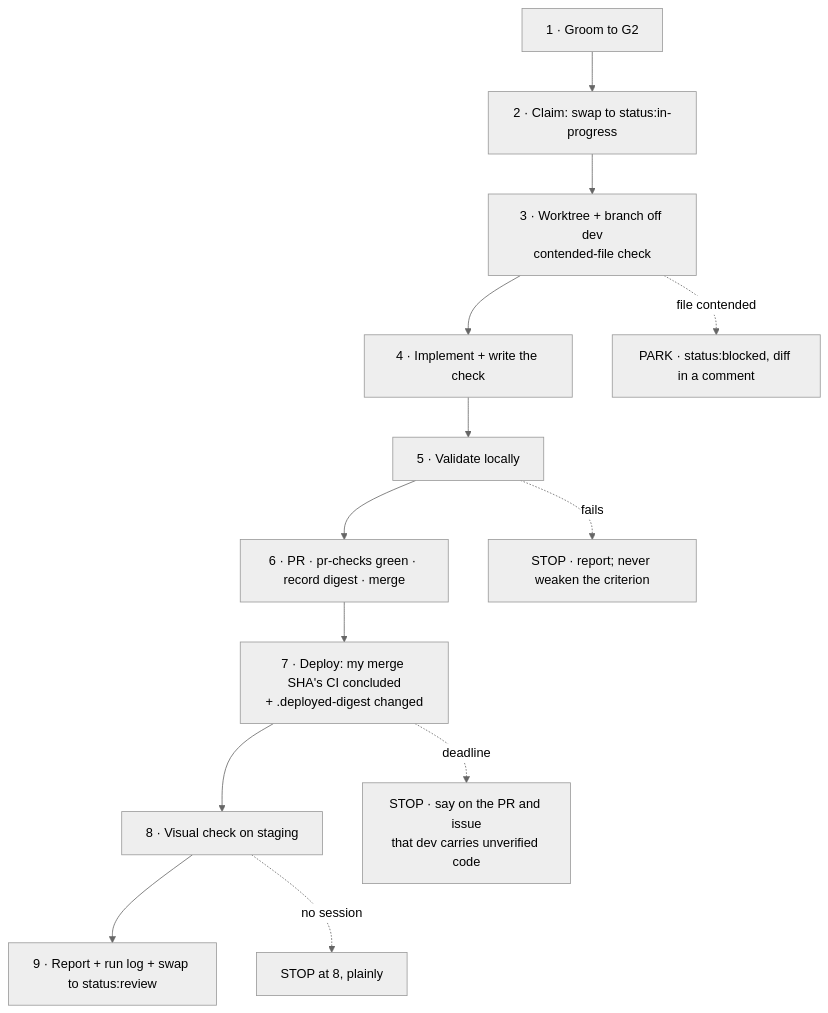
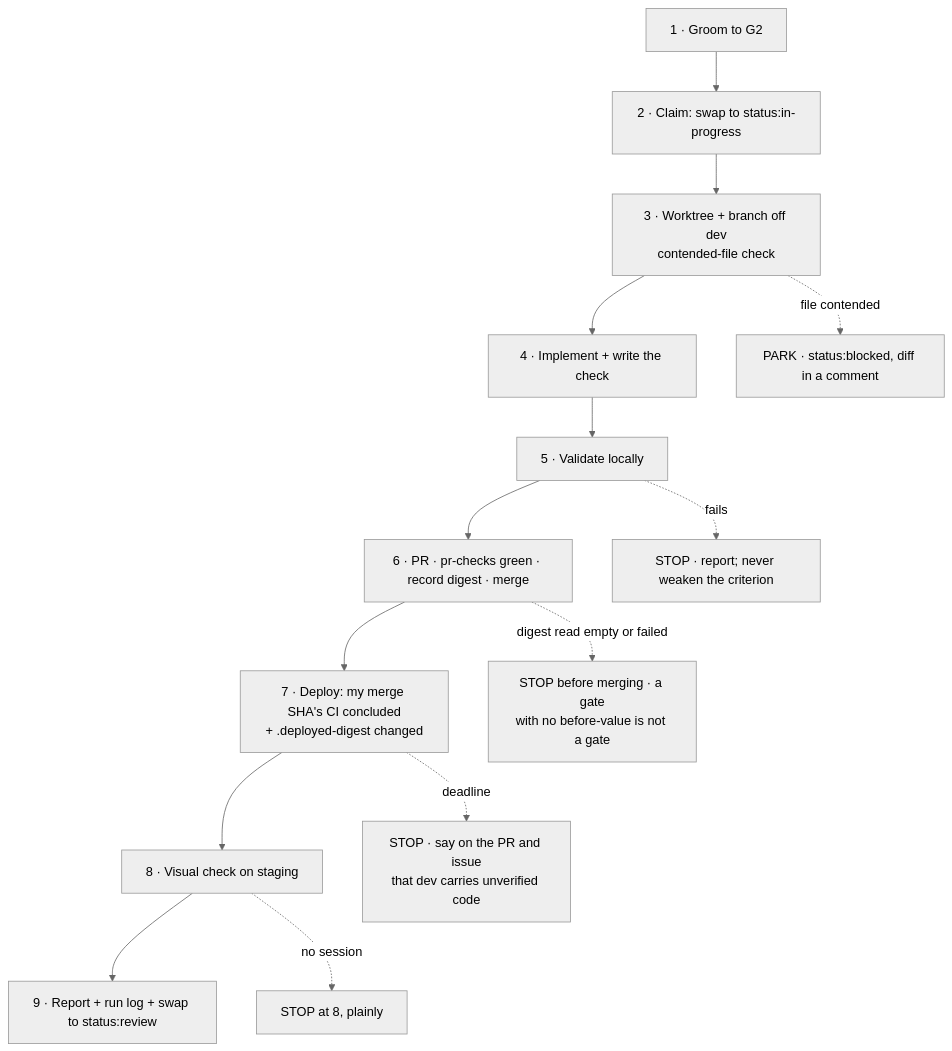
One commit to waqaskhan137/mdreview-service changed the diagram in docs/process/autonomous-run.md. Above: the diagram before and after it, drawn with Mermaid (neutral theme). The commit also changed other lines of this file and 2 other files, not shown here.

````diff
--- a/docs/process/autonomous-run.md
+++ b/docs/process/autonomous-run.md
@@ -57,15 +57,16 @@
 ```mermaid
 flowchart TD
   S1["1 · Groom to G2"] --> S2["2 · Claim: swap to status:in-progress"]
   S2 --> S3["3 · Worktree + branch off dev<br/>contended-file check"]
   S3 --> S4["4 · Implement + write the check"]
   S4 --> S5["5 · Validate locally"]
   S5 --> S6["6 · PR · pr-checks green · record digest · merge"]
   S6 --> S7["7 · Deploy: my merge SHA's CI concluded<br/>+ .deployed-digest changed"]
   S7 --> S8["8 · Visual check on staging"]
   S8 --> S9["9 · Report + run log + swap to status:review"]
   S3 -.file contended.-> PARK["PARK · status:blocked, diff in a comment"]
   S5 -.fails.-> STOP["STOP · report; never weaken the criterion"]
+  S6 -.digest read empty or failed.-> NODIGEST["STOP before merging · a gate<br/>with no before-value is not a gate"]
   S7 -.deadline.-> DEVNOTE["STOP · say on the PR and issue<br/>that dev carries unverified code"]
   S8 -.no session.-> PARTIAL["STOP at 8, plainly"]
 ```
````
